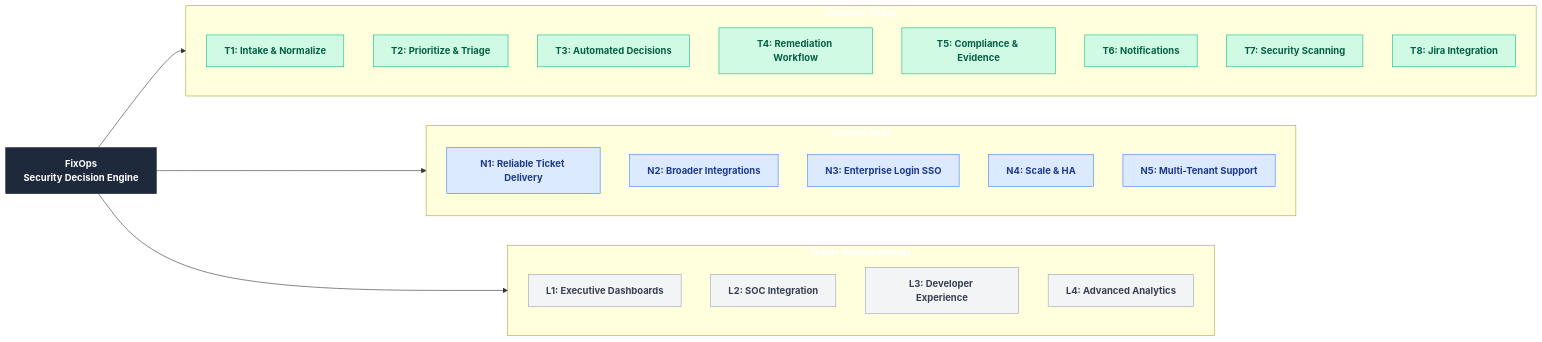
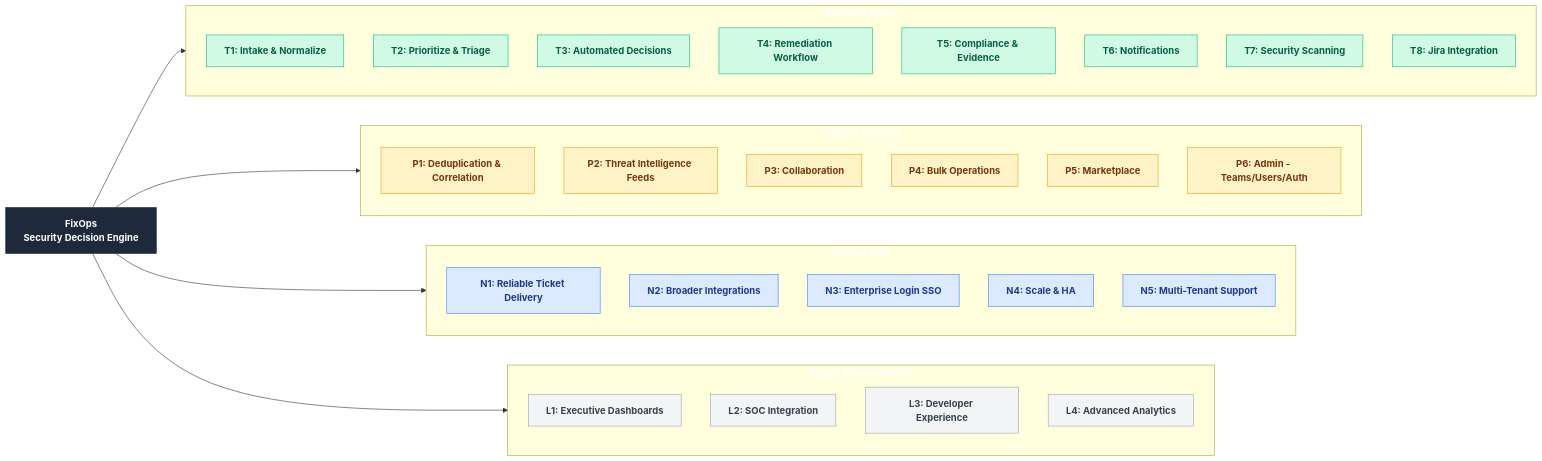
The first of 3 diagrams in docs/FIXOPS_PRODUCT_STATUS.md (DevOpsMadDog/Fixops), drawn with Mermaid before and after one commit. The commit also changed other lines of this file, not shown here.

Commit message:
docs: Add Platform Services (P1-P6) capabilities with program flows and Router/CLI mapping tables

````diff
--- a/docs/FIXOPS_PRODUCT_STATUS.md
+++ b/docs/FIXOPS_PRODUCT_STATUS.md
@@ -11,42 +11,54 @@
 ```mermaid
 flowchart LR
   F[FixOps<br/>Security Decision Engine]:::root
 
   subgraph TODAY[Available Today]
     direction TB
     T1[T1: Intake & Normalize]:::done
     T2[T2: Prioritize & Triage]:::done
     T3[T3: Automated Decisions]:::done
     T4[T4: Remediation Workflow]:::done
     T5[T5: Compliance & Evidence]:::done
     T6[T6: Notifications]:::done
     T7[T7: Security Scanning]:::done
     T8[T8: Jira Integration]:::done
+  end
+
+  subgraph PLATFORM[Platform Services]
+    direction TB
+    P1[P1: Deduplication & Correlation]:::platform
+    P2[P2: Threat Intelligence Feeds]:::platform
+    P3[P3: Collaboration]:::platform
+    P4[P4: Bulk Operations]:::platform
+    P5[P5: Marketplace]:::platform
+    P6[P6: Admin - Teams/Users/Auth]:::platform
   end
 
   subgraph NEXT[Coming Next]
     direction TB
     N1[N1: Reliable Ticket Delivery]:::planned
     N2[N2: Broader Integrations]:::planned
     N3[N3: Enterprise Login SSO]:::planned
     N4[N4: Scale & HA]:::planned
     N5[N5: Multi-Tenant Support]:::planned
   end
 
   subgraph LATER[Future Enhancements]
     direction TB
     L1[L1: Executive Dashboards]:::later
     L2[L2: SOC Integration]:::later
     L3[L3: Developer Experience]:::later
     L4[L4: Advanced Analytics]:::later
   end
 
   F --> TODAY
+  F --> PLATFORM
   F --> NEXT
   F --> LATER
 
   classDef root fill:#1e293b,stroke:#1e293b,color:#ffffff,font-weight:bold;
   classDef done fill:#d1fae5,stroke:#10b981,color:#065f46;
+  classDef platform fill:#fef3c7,stroke:#f59e0b,color:#78350f;
   classDef planned fill:#dbeafe,stroke:#3b82f6,color:#1e3a8a;
   classDef later fill:#f3f4f6,stroke:#9ca3af,color:#374151;
 ```
````
